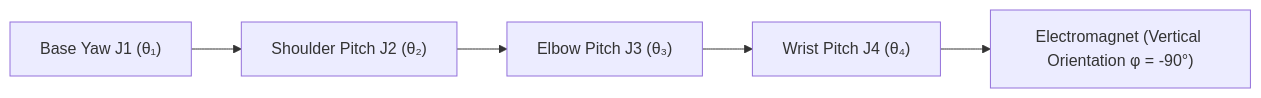
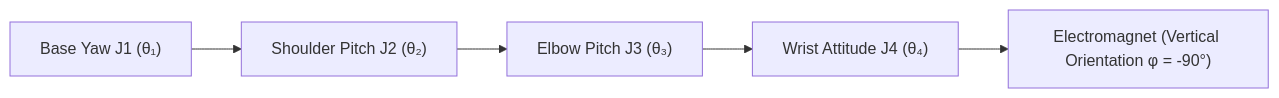
Before and after one commit to DongFengPo1412/ChessRobot: the diagram in README_EN.md, drawn with Mermaid. The commit also changed other lines of this file and 2 other files, not shown here.

````diff
--- a/README_EN.md
+++ b/README_EN.md
@@ -149,7 +149,7 @@
 ```mermaid
 graph LR
     Base["Base Yaw J1 (θ₁)"] --> Shoulder["Shoulder Pitch J2 (θ₂)"]
     Shoulder --> Elbow["Elbow Pitch J3 (θ₃)"]
-    Elbow --> Wrist["Wrist Pitch J4 (θ₄)"]
+    Elbow --> Wrist["Wrist Attitude J4 (θ₄)"]
     Wrist --> End["Electromagnet (Vertical Orientation φ = -90°)"]
 ```
````
